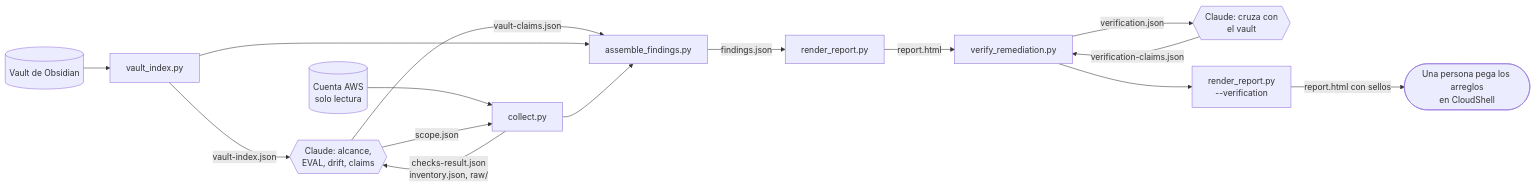
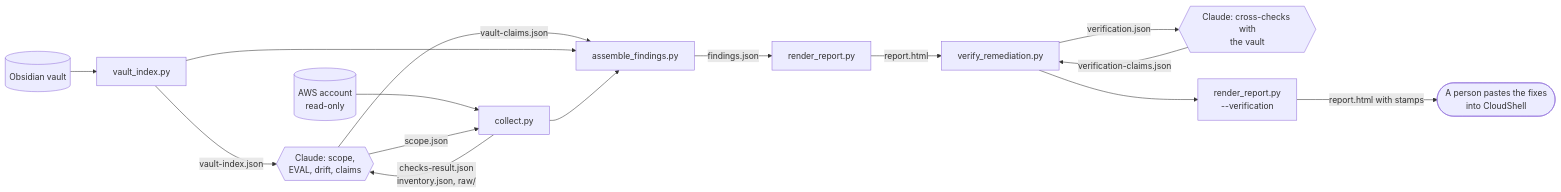
The diagram in README.md (SpaceUY/auditing-infra-compliance), drawn with Mermaid before and after one commit. The commit also changed other lines of this file and 8 other files, not shown here.

````diff
--- a/README.md
+++ b/README.md
@@ -87,17 +90,17 @@
 ```mermaid
 flowchart LR
-    V[(Vault de Obsidian)] --> VI[vault_index.py]
-    A[(Cuenta AWS<br/>solo lectura)] --> C[collect.py]
-    VI -->|vault-index.json| CL{{Claude: alcance,<br/>EVAL, drift, claims}}
+    V[(Obsidian vault)] --> VI[vault_index.py]
+    A[(AWS account<br/>read-only)] --> C[collect.py]
+    VI -->|vault-index.json| CL{{Claude: scope,<br/>EVAL, drift, claims}}
     CL -->|scope.json| C
     C -->|checks-result.json<br/>inventory.json, raw/| CL
     CL -->|vault-claims.json| AF[assemble_findings.py]
     VI --> AF
     C --> AF
     AF -->|findings.json| R1[render_report.py]
     R1 -->|report.html| VR[verify_remediation.py]
-    VR -->|verification.json| CL2{{Claude: cruza con<br/>el vault}}
+    VR -->|verification.json| CL2{{Claude: cross-checks with<br/>the vault}}
     CL2 -->|verification-claims.json| VR
     VR --> R2[render_report.py<br/>--verification]
-    R2 -->|report.html con sellos| P([Una persona pega los arreglos<br/>en CloudShell])
+    R2 -->|report.html with stamps| P([A person pastes the fixes<br/>into CloudShell])
 ```
````
